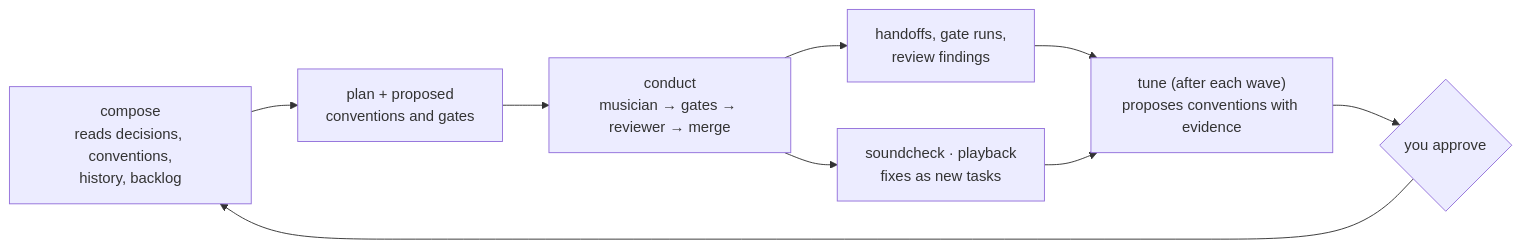
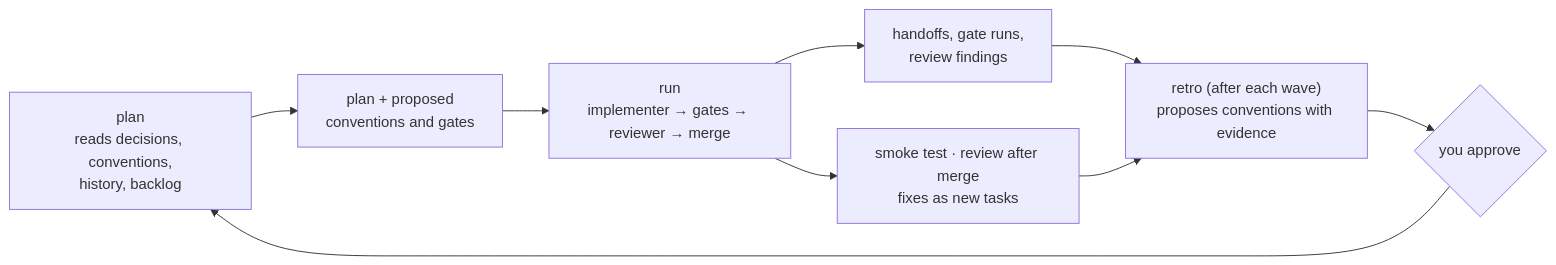
One commit to ddmfuhrmann/autonome changed the fourth of 6 diagrams in docs/memory.md. Above: the diagram before and after it, drawn with Mermaid. The commit also changed other lines of this file and 14 other files, not shown here.

````diff
--- a/docs/memory.md
+++ b/docs/memory.md
@@ -105,10 +105,10 @@
 ```mermaid
 flowchart LR
-  compose["compose<br/>reads decisions, conventions,<br/>history, backlog"] --> plan["plan + proposed<br/>conventions and gates"]
-  plan --> conduct["conduct<br/>musician → gates → reviewer → merge"]
-  conduct --> handoff["handoffs, gate runs,<br/>review findings"]
-  conduct --> after["soundcheck · playback<br/>fixes as new tasks"]
-  handoff & after --> tune["tune (after each wave)<br/>proposes conventions with evidence"]
-  tune --> you{"you approve"}
-  you --> compose
+  planning["plan<br/>reads decisions, conventions,<br/>history, backlog"] --> plan["plan + proposed<br/>conventions and gates"]
+  plan --> run["run<br/>implementer → gates → reviewer → merge"]
+  run --> handoff["handoffs, gate runs,<br/>review findings"]
+  run --> after["smoke test · review after merge<br/>fixes as new tasks"]
+  handoff & after --> retro["retro (after each wave)<br/>proposes conventions with evidence"]
+  retro --> you{"you approve"}
+  you --> planning
 ```
````
